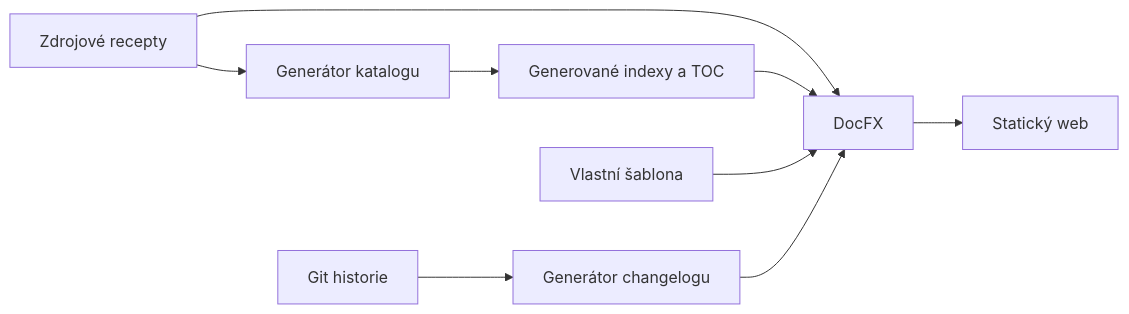
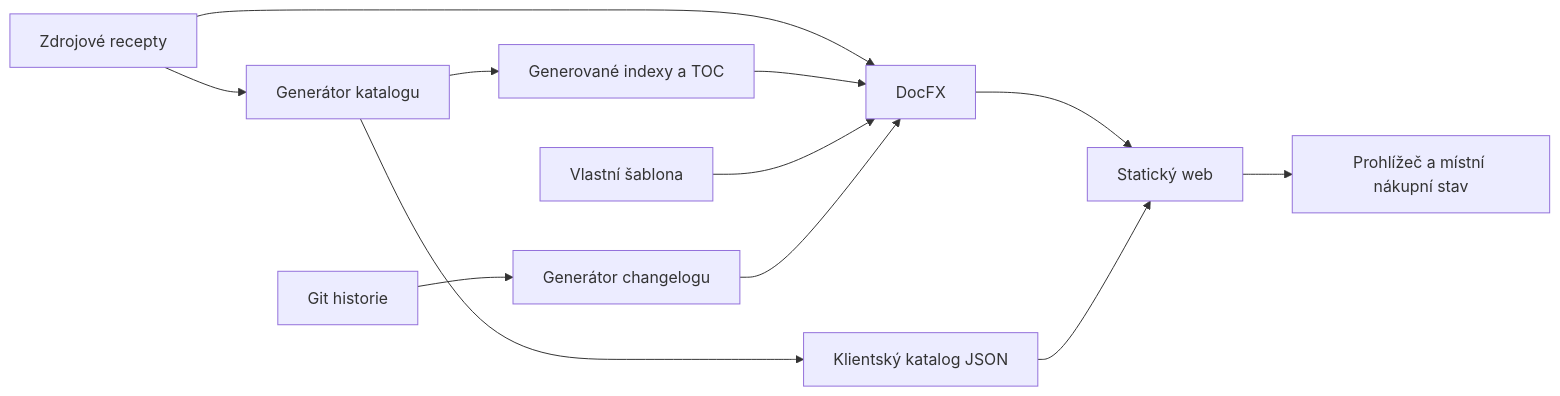
One commit to HopefulDavid/docs_lifetime changed the second of 2 diagrams in docs/architecture/overview.md. Above: the diagram before and after it, drawn with Mermaid. The commit also changed other lines of this file and 75 other files, not shown here.

````diff
--- a/docs/architecture/overview.md
+++ b/docs/architecture/overview.md
@@ -75,11 +75,14 @@
 ```mermaid
 flowchart LR
     S[Zdrojové recepty] --> G[Generátor katalogu]
     G --> I[Generované indexy a TOC]
     S --> D[DocFX]
     I --> D
     T[Vlastní šablona] --> D
     D --> W[Statický web]
+    G --> J[Klientský katalog JSON]
+    J --> W
+    W --> B[Prohlížeč a místní nákupní stav]
     H[Git historie] --> C[Generátor changelogu]
     C --> D
 ```
````
